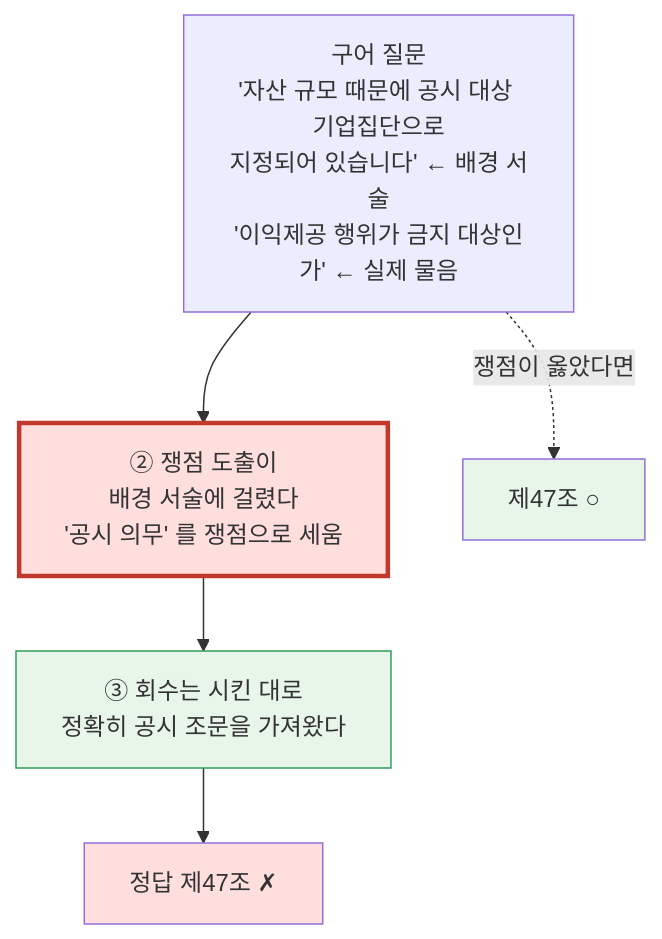
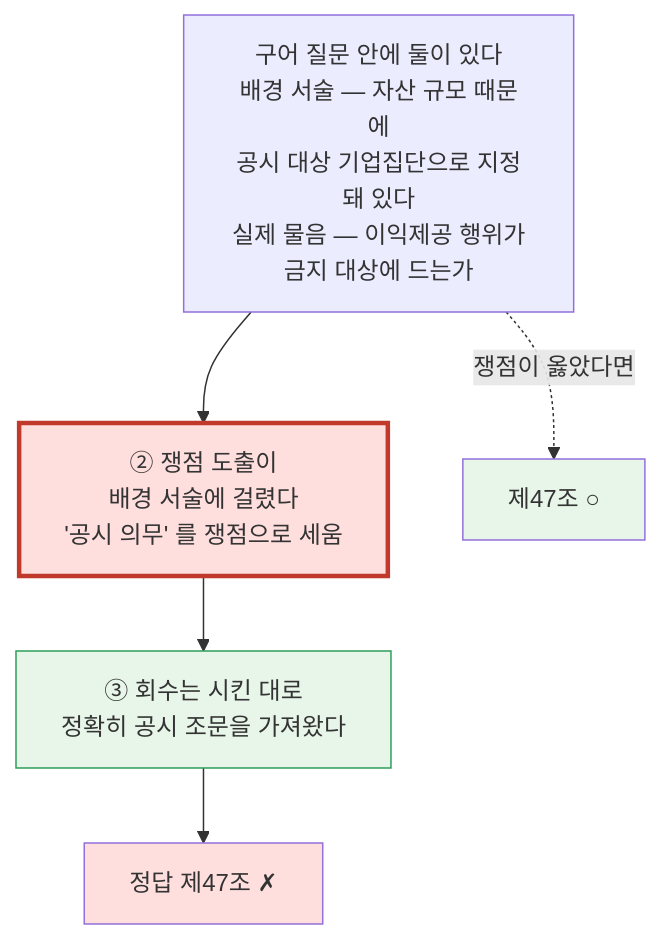
One commit to Fromson99/8agent changed diagram 19 of 21 in docs/NOTION_ARCHITECTURE.md. Above: the diagram before and after it, drawn with Mermaid. The commit also changed other lines of this file and 1 other file, not shown here.

````diff
--- a/docs/NOTION_ARCHITECTURE.md
+++ b/docs/NOTION_ARCHITECTURE.md
@@ -932,12 +936,12 @@
 ```mermaid
 flowchart TB
-  Q["구어 질문<br/>'자산 규모 때문에 공시 대상 기업집단으로<br/>지정되어 있습니다' ← 배경 서술<br/>'이익제공 행위가 금지 대상인가' ← 실제 물음"]
+  Q["구어 질문 안에 둘이 있다<br/>배경 서술 — 자산 규모 때문에<br/>공시 대상 기업집단으로 지정돼 있다<br/>실제 물음 — 이익제공 행위가<br/>금지 대상에 드는가"]
   Q --> W["② 쟁점 도출이<br/>배경 서술에 걸렸다<br/>'공시 의무' 를 쟁점으로 세움"]
   W --> R["③ 회수는 시킨 대로<br/>정확히 공시 조문을 가져왔다"]
   R --> F["정답 제47조 ✗"]
   Q -.->|"쟁점이 옳았다면"| G["제47조 ○"]
   style W fill:#ffdede,stroke:#c0392b,stroke-width:3px
   style R fill:#e8f5e9,stroke:#2e9e5b
   style F fill:#ffdede
   style G fill:#e8f5e9
 ```
````
